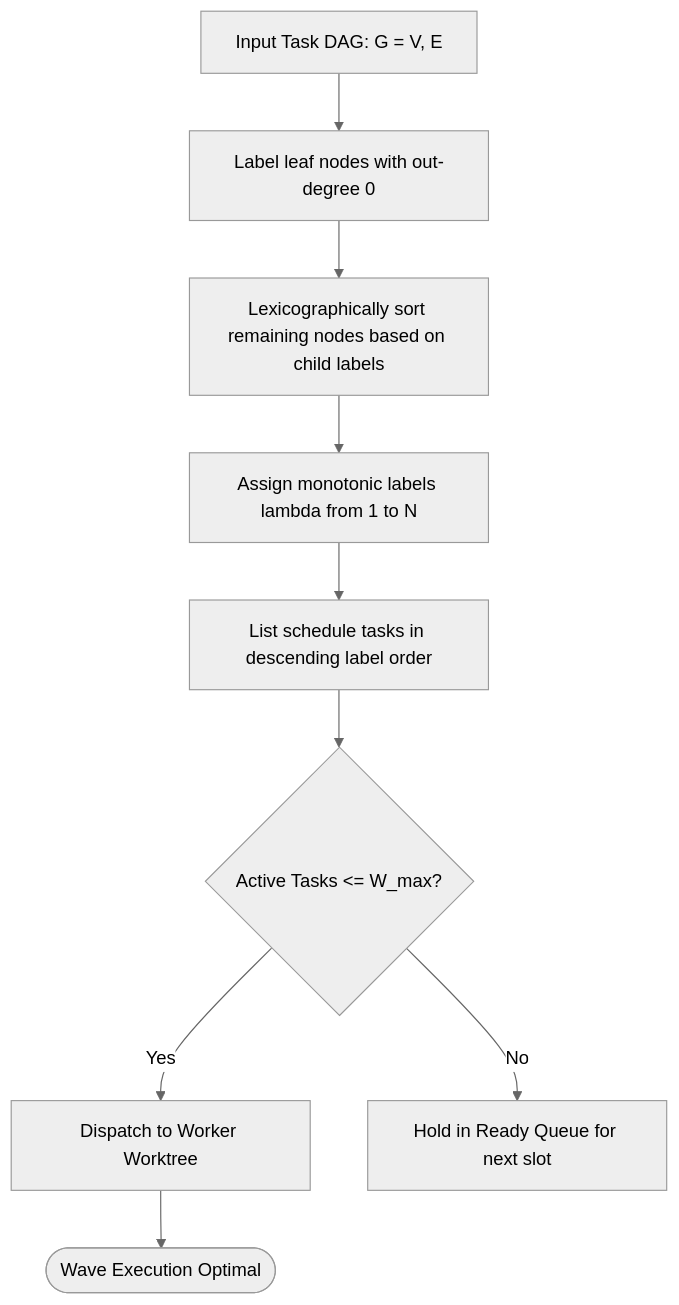
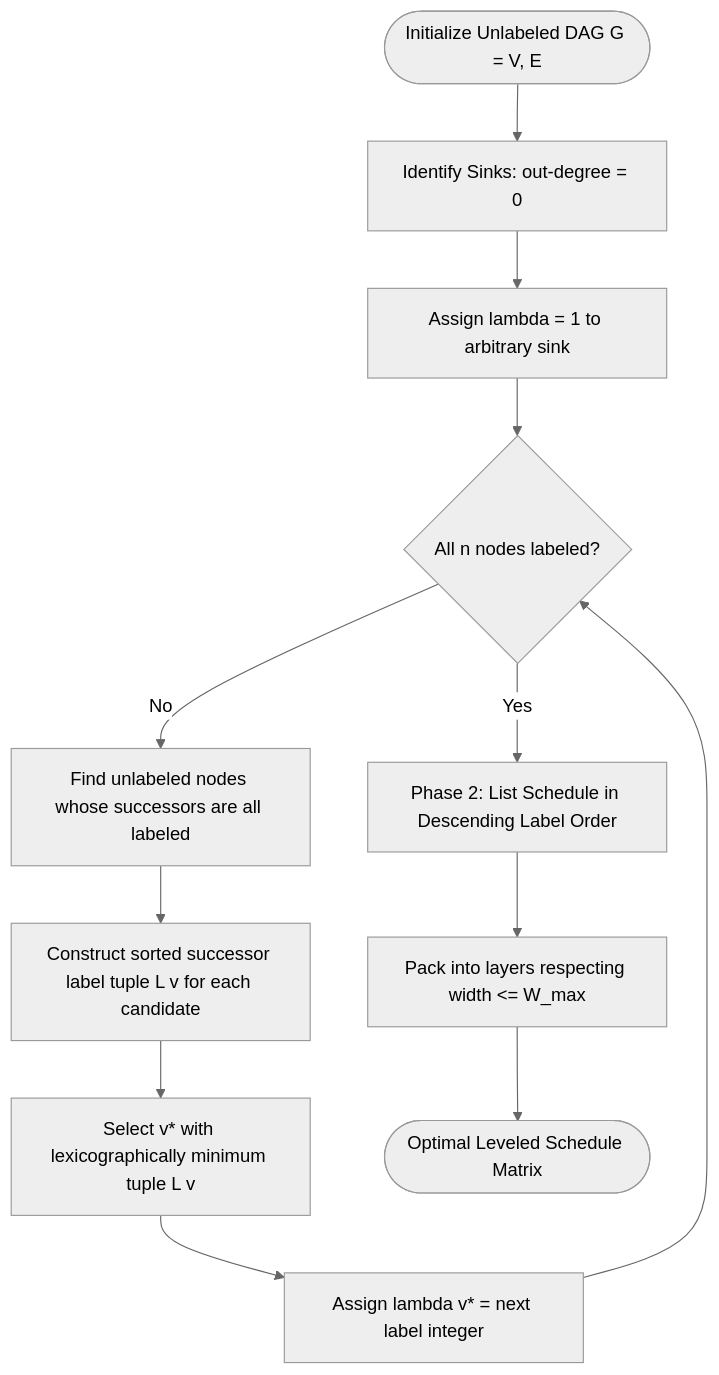
The diagram in docs/olt/architecture/05-concurrency-straggler-sla/05-02-coffman-graham-width-bounds.md (onurseckin/skills), drawn with Mermaid (neutral theme) before and after one commit. The commit also changed other lines of this file and 163 other files, not shown here.

````diff
--- a/docs/olt/architecture/05-concurrency-straggler-sla/05-02-coffman-graham-width-bounds.md
+++ b/docs/olt/architecture/05-concurrency-straggler-sla/05-02-coffman-graham-width-bounds.md
@@ -56,11 +66,16 @@
 ```mermaid
 flowchart TD
-    DAG[Input Task DAG: G = V, E] --> LabelLeaves[Label leaf nodes with out-degree 0]
-    LabelLeaves --> LexSort[Lexicographically sort remaining nodes based on child labels]
-    LexSort --> AssignLabels[Assign monotonic labels lambda from 1 to N]
-    AssignLabels --> ListSchedule[List schedule tasks in descending label order]
-    ListSchedule --> EnforceWidth{Active Tasks <= W_max?}
-    EnforceWidth -->|Yes| DispatchTask[Dispatch to Worker Worktree]
-    EnforceWidth -->|No| QueueNext[Hold in Ready Queue for next slot]
-    DispatchTask --> WaveFinished([Wave Execution Optimal])
+    Start([Initialize Unlabeled DAG G = V, E]) --> FindSinks[Identify Sinks: out-degree = 0]
+    FindSinks --> LabelSink[Assign lambda = 1 to arbitrary sink]
+    LabelSink --> LoopCondition{All n nodes labeled?}
+
+    LoopCondition -->|No| CandidateFilter[Find unlabeled nodes whose successors are all labeled]
+    CandidateFilter --> BuildTuples[Construct sorted successor label tuple L v for each candidate]
+    BuildTuples --> LexicographicMin[Select v* with lexicographically minimum tuple L v]
+    LexicographicMin --> AssignNextLabel[Assign lambda v* = next label integer]
+    AssignNextLabel --> LoopCondition
+
+    LoopCondition -->|Yes| Phase2Start[Phase 2: List Schedule in Descending Label Order]
+    Phase2Start --> LevelAssign[Pack into layers respecting width <= W_max]
+    LevelAssign --> End([Optimal Leveled Schedule Matrix])
 ```
````
